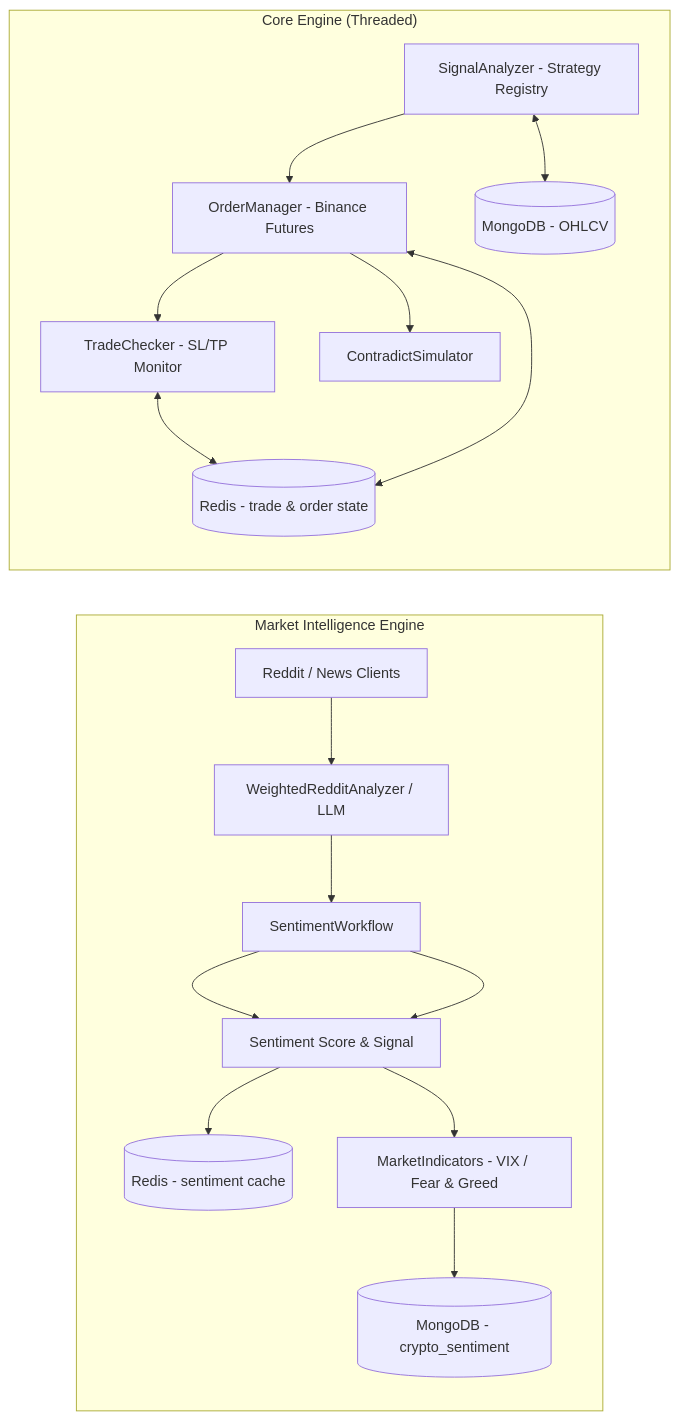
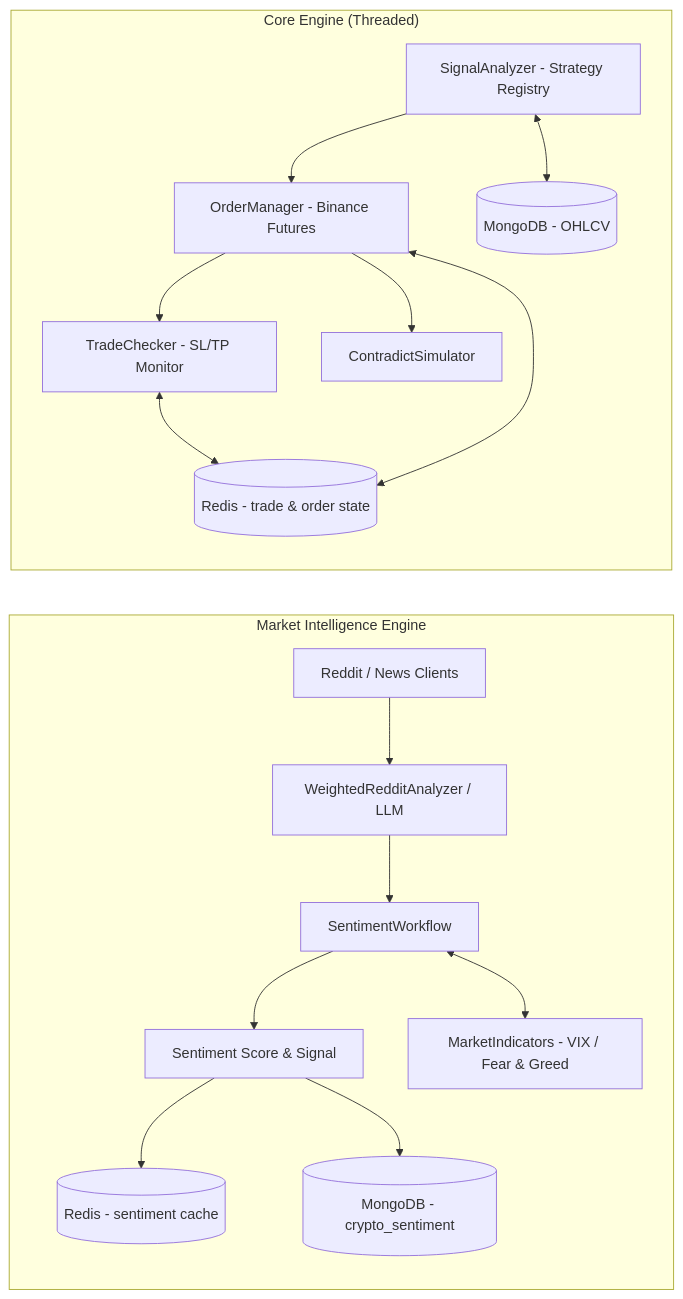
Before and after one commit to B-Lens/Orbit: the diagram in README.md, drawn with Mermaid.

````diff
--- a/README.md
+++ b/README.md
@@ -80,28 +80,29 @@
 ```mermaid
 flowchart LR
     subgraph AI["Market Intelligence Engine"]
         A1[Reddit / News Clients]
         A2[WeightedRedditAnalyzer / LLM]
         A3[SentimentWorkflow]
         A4[Sentiment Score & Signal]
         A5[MarketIndicators - VIX / Fear & Greed]
         A6[(MongoDB - crypto_sentiment)]
         A7[(Redis - sentiment cache)]
         A1 --> A2 --> A3 --> A4 --> A7
-        A3 --> A4 --> A5 --> A6
+        A3 <--> A5
+        A4 --> A6
     end
     subgraph CORE["Core Engine (Threaded)"]
         C1[SignalAnalyzer - Strategy Registry]
         C2[OrderManager - Binance Futures]
         C3[TradeChecker - SL/TP Monitor]
         C4[ContradictSimulator]
         C5[(MongoDB - OHLCV)]
         C6[(Redis - trade & order state)]
         C1 --> C2
         C2 --> C3
         C3 <--> C6
         C2 <--> C6
         C1 <--> C5
         C2 --> C4
     end
 ```
````
